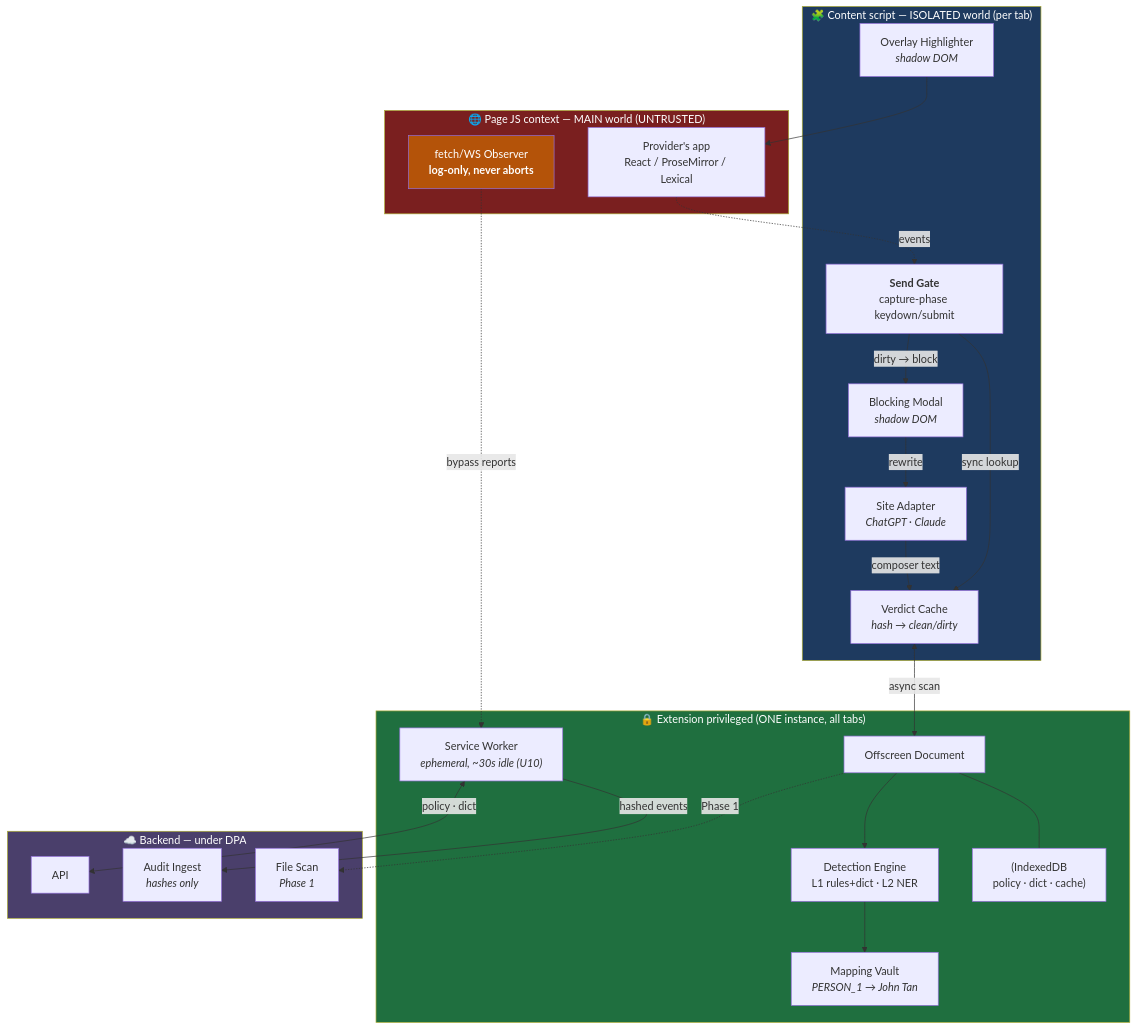
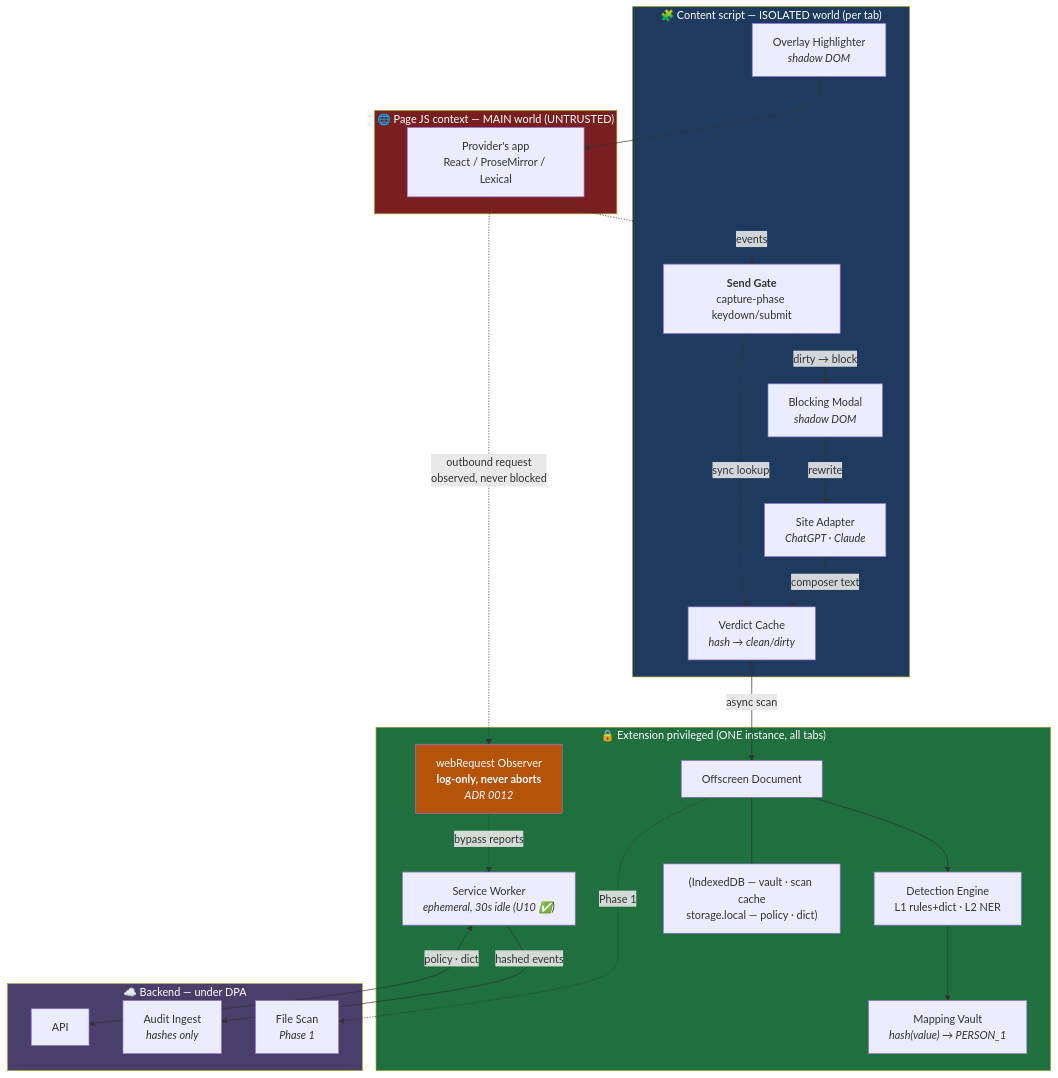
Before and after one commit to JeffTiong1031/Vanguard: the second of 5 diagrams in docs/01-hld.md, drawn with Mermaid. The commit also changed other lines of this file and 8 other files, not shown here.

````diff
--- a/docs/01-hld.md
+++ b/docs/01-hld.md
@@ -66,50 +66,51 @@
 ```mermaid
 graph TB
     subgraph PAGE["🌐 Page JS context — MAIN world (UNTRUSTED)"]
         REACT["Provider's app<br/>React / ProseMirror / Lexical"]
-        OBS["fetch/WS Observer<br/><b>log-only, never aborts</b>"]
     end
 
     subgraph ISO["🧩 Content script — ISOLATED world (per tab)"]
         ADAPT["Site Adapter<br/><i>ChatGPT · Claude</i>"]
         GATE["<b>Send Gate</b><br/>capture-phase keydown/submit"]
         VCACHE["Verdict Cache<br/><i>hash → clean/dirty</i>"]
         OVER["Overlay Highlighter<br/><i>shadow DOM</i>"]
         MODAL["Blocking Modal<br/><i>shadow DOM</i>"]
     end
 
     subgraph PRIV["🔒 Extension privileged (ONE instance, all tabs)"]
         OFF["Offscreen Document"]
         ENG["Detection Engine<br/>L1 rules+dict · L2 NER"]
-        VAULT["Mapping Vault<br/><i>PERSON_1 → John Tan</i>"]
-        SW["Service Worker<br/><i>ephemeral, ~30s idle (U10)</i>"]
-        STORE["(IndexedDB<br/>policy · dict · cache)"]
+        VAULT["Mapping Vault<br/><i>hash(value) → PERSON_1</i>"]
+        SW["Service Worker<br/><i>ephemeral, 30s idle (U10 ✅)</i>"]
+        OBS["webRequest Observer<br/><b>log-only, never aborts</b><br/><i>ADR 0012</i>"]
+        STORE["(IndexedDB — vault · scan cache<br/>storage.local — policy · dict)"]
     end
 
     subgraph CLOUD["☁️ Backend — under DPA"]
         API["API"]
         AUD["Audit Ingest<br/><i>hashes only</i>"]
         FILE["File Scan<br/><i>Phase 1</i>"]
     end
 
     REACT -.->|"events"| GATE
     ADAPT -->|"composer text"| VCACHE
     GATE -->|"sync lookup"| VCACHE
     GATE -->|"dirty → block"| MODAL
     VCACHE <-->|"async scan"| OFF
     OFF --> ENG
     ENG --> VAULT
     OFF --- STORE
     MODAL -->|"rewrite"| ADAPT
     OVER --> REACT
     SW <-->|"policy · dict"| API
     SW -->|"hashed events"| AUD
+    REACT -.->|"outbound request<br/>observed, never blocked"| OBS
     OBS -.->|"bypass reports"| SW
     OFF -.->|"Phase 1"| FILE
 
     style PAGE fill:#7a1f1f,color:#fff
     style ISO fill:#1e3a5f,color:#fff
     style PRIV fill:#1f6f3f,color:#fff
     style CLOUD fill:#4a3f6b,color:#fff
     style OBS fill:#b45309,color:#fff
 ```
````
